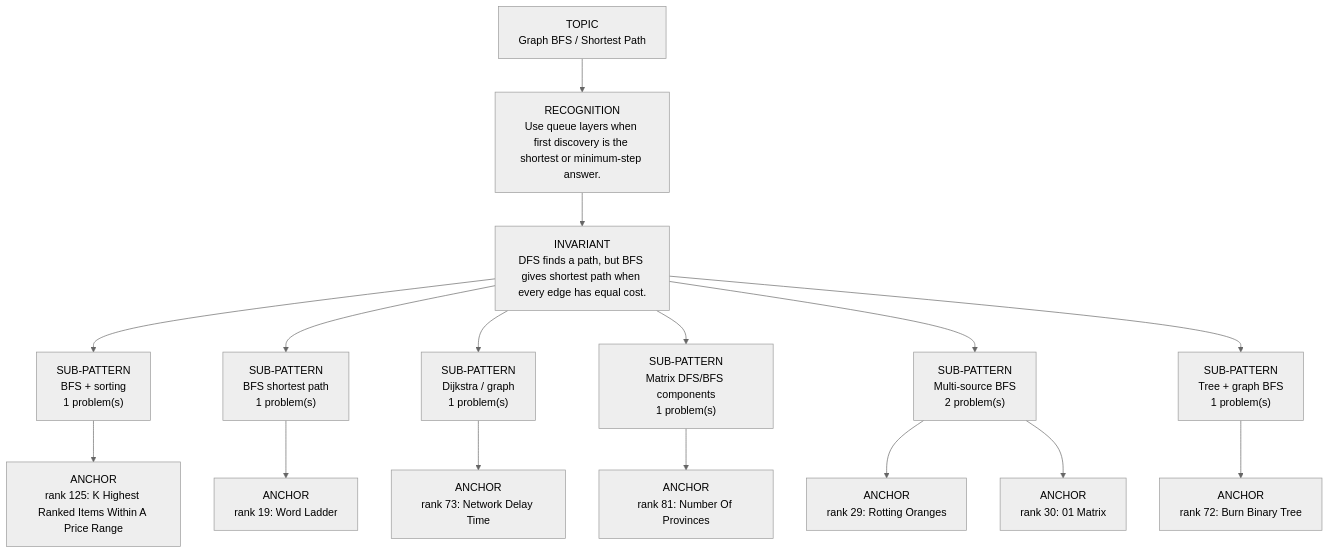
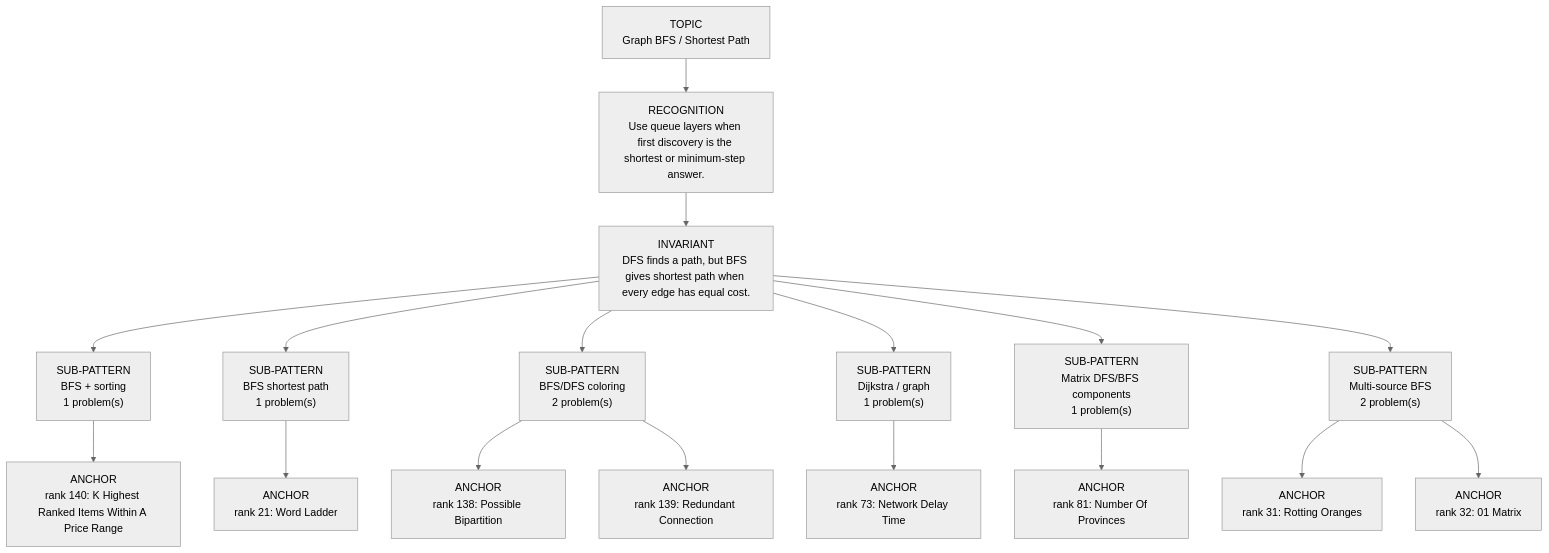
One commit to thechiranjeevjain/DSA10days changed the diagram in dsa-review/interview/patterns/11_graph_bfs.md. Above: the diagram before and after it, drawn with Mermaid (neutral theme). The commit also changed other lines of this file and 36 other files, not shown here.

````diff
--- a/dsa-review/interview/patterns/11_graph_bfs.md
+++ b/dsa-review/interview/patterns/11_graph_bfs.md
@@ -15,20 +15,21 @@
 ```mermaid
 flowchart TD
   Topic["TOPIC<br/>Graph BFS / Shortest Path"]
   Recognition["RECOGNITION<br/>Use queue layers when first discovery is the shortest or minimum-step answer."]
   Invariant["INVARIANT<br/>DFS finds a path, but BFS gives shortest path when every edge has equal cost."]
   Topic --> Recognition --> Invariant
   Invariant --> Sub01["SUB-PATTERN<br/>BFS + sorting<br/>1 problem(s)"]
-  Sub01 --> Sub01A01["ANCHOR<br/>rank 125: K Highest Ranked Items Within A Price Range"]
+  Sub01 --> Sub01A01["ANCHOR<br/>rank 140: K Highest Ranked Items Within A Price Range"]
   Invariant --> Sub02["SUB-PATTERN<br/>BFS shortest path<br/>1 problem(s)"]
-  Sub02 --> Sub02A01["ANCHOR<br/>rank 19: Word Ladder"]
-  Invariant --> Sub03["SUB-PATTERN<br/>Dijkstra / graph<br/>1 problem(s)"]
-  Sub03 --> Sub03A01["ANCHOR<br/>rank 73: Network Delay Time"]
-  Invariant --> Sub04["SUB-PATTERN<br/>Matrix DFS/BFS components<br/>1 problem(s)"]
-  Sub04 --> Sub04A01["ANCHOR<br/>rank 81: Number Of Provinces"]
-  Invariant --> Sub05["SUB-PATTERN<br/>Multi-source BFS<br/>2 problem(s)"]
-  Sub05 --> Sub05A01["ANCHOR<br/>rank 29: Rotting Oranges"]
-  Sub05 --> Sub05A02["ANCHOR<br/>rank 30: 01 Matrix"]
-  Invariant --> Sub06["SUB-PATTERN<br/>Tree + graph BFS<br/>1 problem(s)"]
-  Sub06 --> Sub06A01["ANCHOR<br/>rank 72: Burn Binary Tree"]
+  Sub02 --> Sub02A01["ANCHOR<br/>rank 21: Word Ladder"]
+  Invariant --> Sub03["SUB-PATTERN<br/>BFS/DFS coloring<br/>2 problem(s)"]
+  Sub03 --> Sub03A01["ANCHOR<br/>rank 138: Possible Bipartition"]
+  Sub03 --> Sub03A02["ANCHOR<br/>rank 139: Redundant Connection"]
+  Invariant --> Sub04["SUB-PATTERN<br/>Dijkstra / graph<br/>1 problem(s)"]
+  Sub04 --> Sub04A01["ANCHOR<br/>rank 73: Network Delay Time"]
+  Invariant --> Sub05["SUB-PATTERN<br/>Matrix DFS/BFS components<br/>1 problem(s)"]
+  Sub05 --> Sub05A01["ANCHOR<br/>rank 81: Number Of Provinces"]
+  Invariant --> Sub06["SUB-PATTERN<br/>Multi-source BFS<br/>2 problem(s)"]
+  Sub06 --> Sub06A01["ANCHOR<br/>rank 31: Rotting Oranges"]
+  Sub06 --> Sub06A02["ANCHOR<br/>rank 32: 01 Matrix"]
 ```
````
